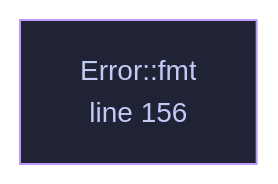
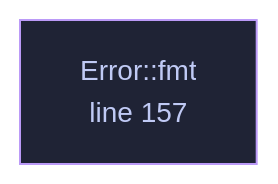
Before and after one commit to tilas01/veilvoice: the diagram in docs/files/veilvoice-crypto/lib.md, drawn with Mermaid. The commit also changed other lines of this file and 82 other files, not shown here.

````diff
--- a/docs/files/veilvoice-crypto/lib.md
+++ b/docs/files/veilvoice-crypto/lib.md
@@ -118,8 +118,8 @@
 ```mermaid
 %%{init: {"theme":"base","themeVariables":{"background":"#1a1b26","primaryColor":"#1f2335","primaryTextColor":"#c0caf5","primaryBorderColor":"#7aa2f7","secondaryColor":"#16161e","tertiaryColor":"#16161e","lineColor":"#737aa2","textColor":"#c0caf5","mainBkg":"#1f2335","nodeBorder":"#7aa2f7","clusterBkg":"#16161e","clusterBorder":"#2f3549","fontFamily":"ui-monospace, SFMono-Regular, Consolas, monospace","fontSize":"14px"}}}%%
 flowchart TD
-    n_fmt["Error::fmt<br/>line 156"]
-    click n_fmt href "https://github.com/tilas01/veilvoice/blob/main/crates/veilvoice-crypto/src/lib.rs#L156" "open the source"
+    n_fmt["Error::fmt<br/>line 157"]
+    click n_fmt href "https://github.com/tilas01/veilvoice/blob/main/crates/veilvoice-crypto/src/lib.rs#L157" "open the source"
     classDef helper fill:#1f2335,stroke:#bb9af7,color:#c0caf5
     class n_fmt helper
 ```
````
